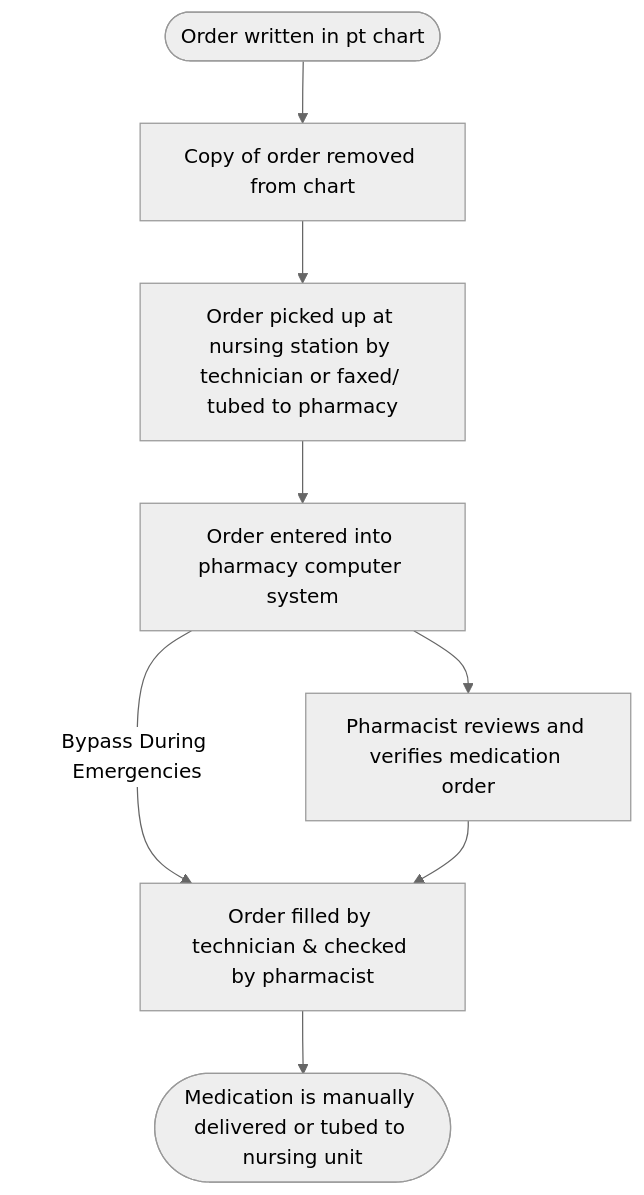
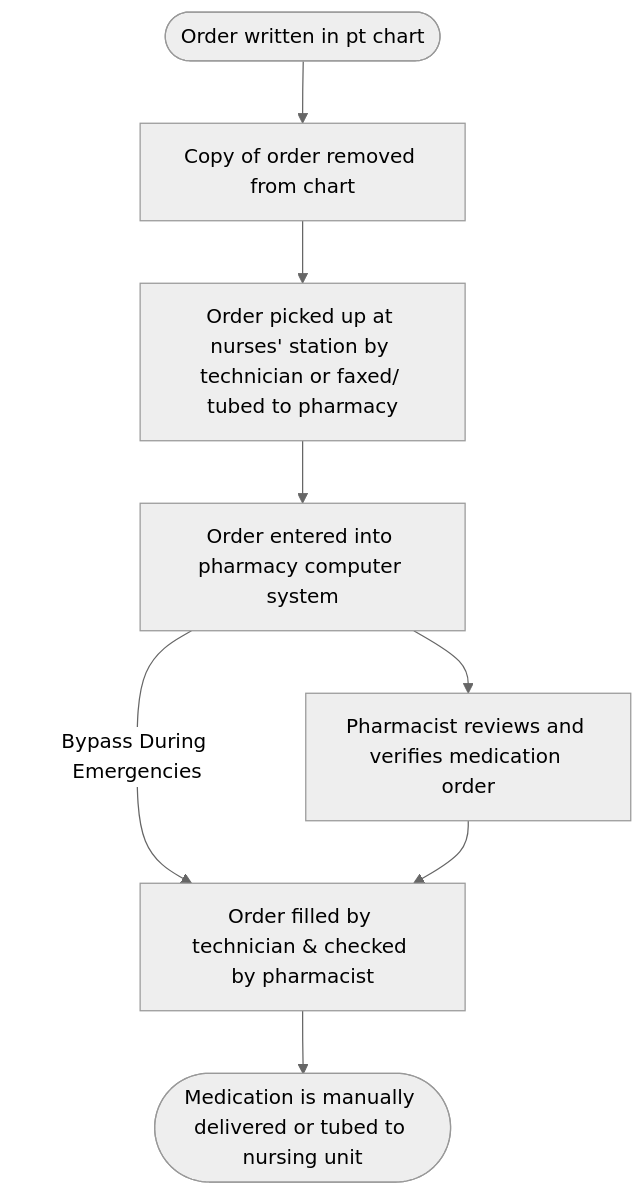
One commit to ctnava/rxtechnotes changed the first of 2 diagrams in ref/settings/hospital.md. Above: the diagram before and after it, drawn with Mermaid (neutral theme). The commit also changed other lines of this file and 3 other files, not shown here.

````diff
--- a/ref/settings/hospital.md
+++ b/ref/settings/hospital.md
@@ -211,11 +212,11 @@
 ```mermaid
 graph TD;
   A(["`Order written in pt chart`"]);
   A-->B["`Copy of order removed from chart`"];
-  B-->C["`Order picked up at nursing station by technician or faxed/ tubed to pharmacy`"];
+  B-->C["`Order picked up at nurses' station by technician or faxed/ tubed to pharmacy`"];
   C-->D["`Order entered into pharmacy computer system`"];
   D-->E["`Pharmacist reviews and verifies medication order`"];
   D--"`Bypass During Emergencies`"-->F;
   E-->F["`Order filled by technician & checked by pharmacist`"];
   F-->G(["`Medication is manually delivered or tubed to nursing unit`"]);
 ```
````
